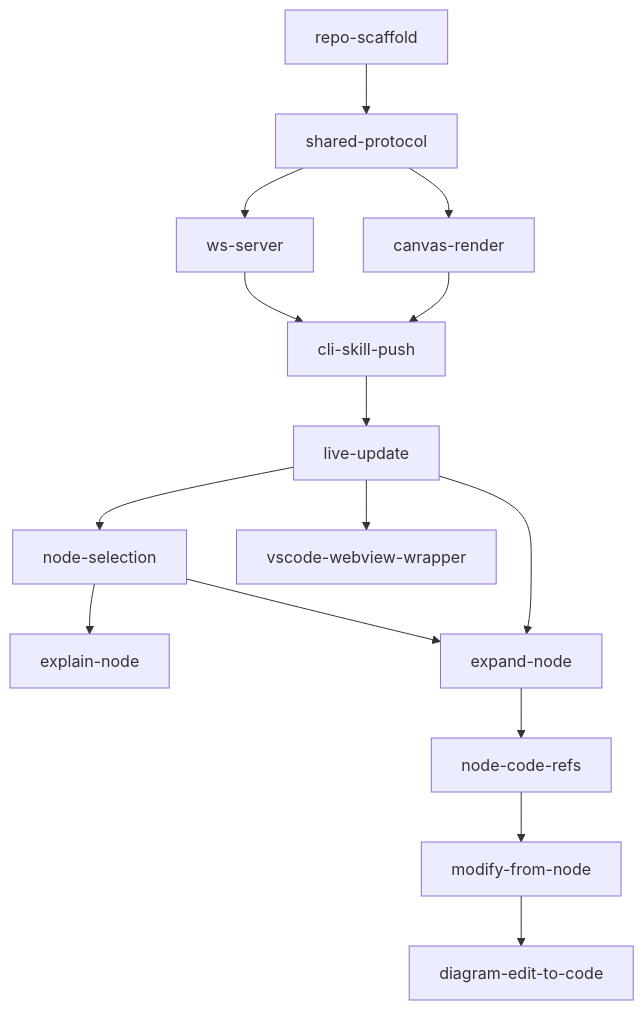
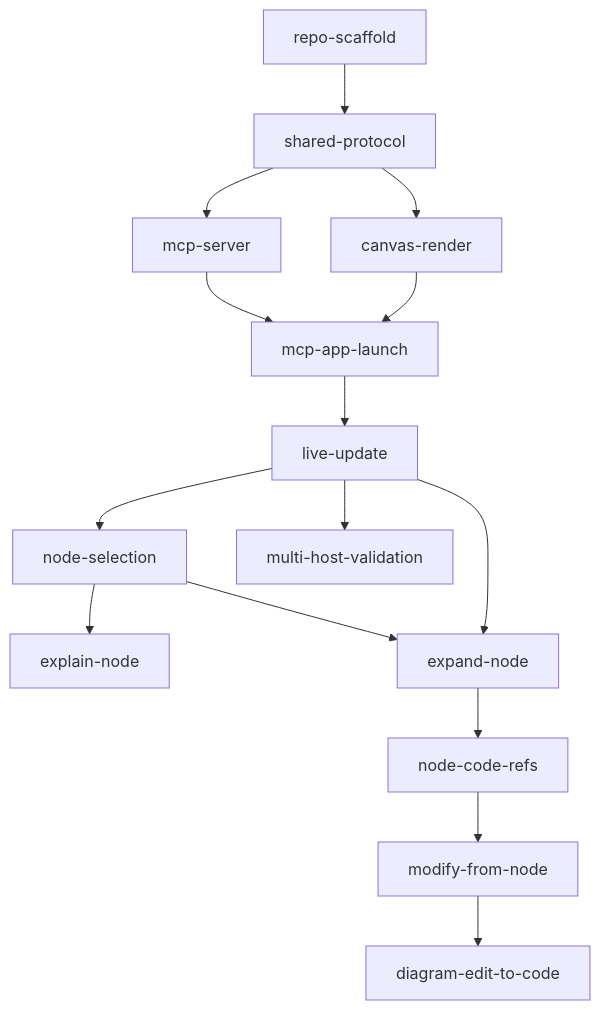
Before and after one commit to GF3000/CopilotCanvas: the diagram in docs/TASKS.md, drawn with Mermaid. The commit also changed other lines of this file and 9 other files, not shown here.

First line of the commit message:
Switch canvas transport to MCP Apps (ADR-005), supersedes ADR-004

````diff
--- a/docs/TASKS.md
+++ b/docs/TASKS.md
@@ -156,17 +156,17 @@
 ```mermaid
 flowchart TD
     repo-scaffold --> shared-protocol
-    shared-protocol --> ws-server
+    shared-protocol --> mcp-server
     shared-protocol --> canvas-render
-    ws-server --> cli-skill-push
-    canvas-render --> cli-skill-push
-    cli-skill-push --> live-update
+    mcp-server --> mcp-app-launch
+    canvas-render --> mcp-app-launch
+    mcp-app-launch --> live-update
     live-update --> node-selection
     node-selection --> explain-node
     node-selection --> expand-node
     live-update --> expand-node
     expand-node --> node-code-refs
     node-code-refs --> modify-from-node
     modify-from-node --> diagram-edit-to-code
-    live-update --> vscode-webview-wrapper
+    live-update --> multi-host-validation
 ```
````
